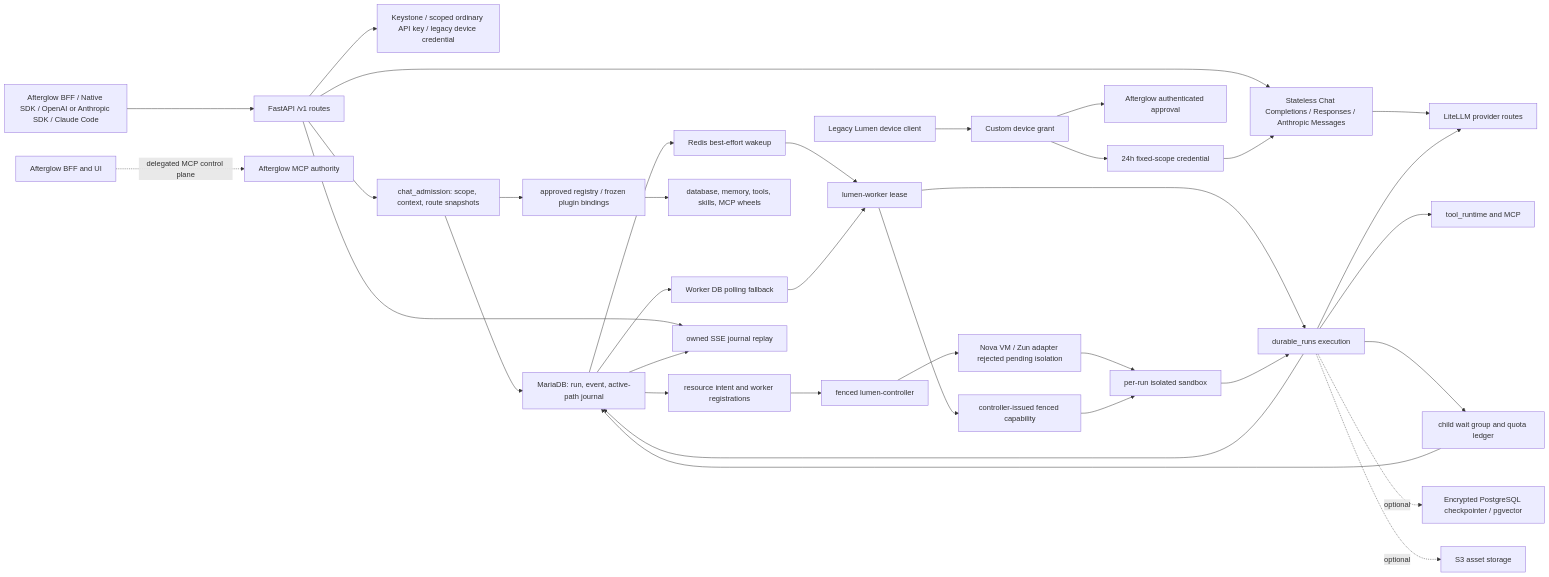
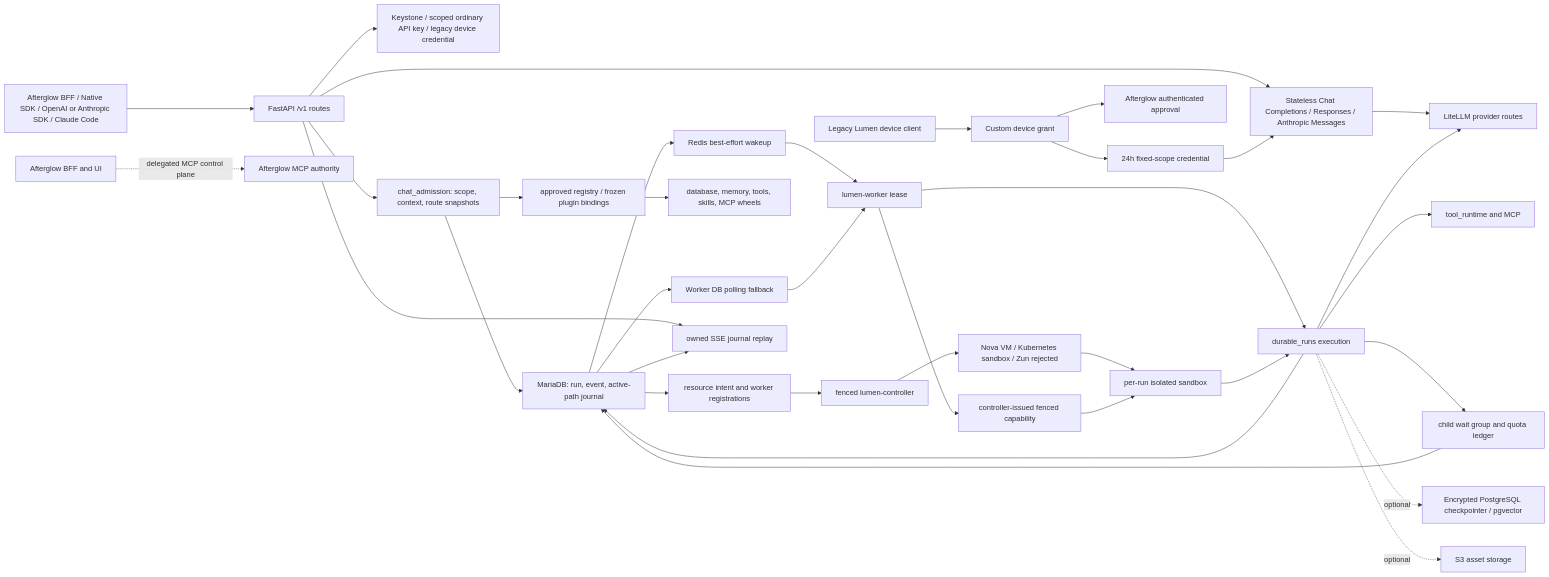
The diagram in ARCHITECTURE.md (openstack-afterglow/lumen), drawn with Mermaid before and after one commit. The commit also changed other lines of this file and 92 other files, not shown here.

Commit message:
feat(sandbox): implement on-demand Kubernetes sandboxes with gVisor and tool manifest pinning (v0.6.9)

````diff
--- a/ARCHITECTURE.md
+++ b/ARCHITECTURE.md
@@ -85,37 +95,37 @@
 ```mermaid
 flowchart LR
     Client[Afterglow BFF / Native SDK / OpenAI or Anthropic SDK / Claude Code] --> API[FastAPI /v1 routes]
     API --> Auth[Keystone / scoped ordinary API key / legacy device credential]
     API --> Admission[chat_admission: scope, context, route snapshots]
     API --> Compat[Stateless Chat Completions / Responses / Anthropic Messages]
     Admission --> Journal[MariaDB: run, event, active-path journal]
     Compat --> Providers
     Journal --> Wake[Redis best-effort wakeup]
     Journal --> Poll[Worker DB polling fallback]
     Wake --> Worker[lumen-worker lease]
     Poll --> Worker
     Worker --> Execute[durable_runs execution]
     Execute --> Providers[LiteLLM provider routes]
     Execute --> Tools[tool_runtime and MCP]
     Execute --> Journal
     Admission --> PluginHost[approved registry / frozen plugin bindings]
     PluginHost --> Wheels[database, memory, tools, skills, MCP wheels]
     Execute --> Child[child wait group and quota ledger]
     Child --> Journal
     Journal --> Intent[resource intent and worker registrations]
     Intent --> Controller[fenced lumen-controller]
-    Controller --> Cloud[Nova VM / Zun adapter rejected pending isolation]
+    Controller --> Cloud[Nova VM / Kubernetes sandbox / Zun rejected]
     Cloud --> Sandbox[per-run isolated sandbox]
     Worker --> Dispatch[controller-issued fenced capability]
     Dispatch --> Sandbox
     Sandbox --> Execute
     API --> SSE[owned SSE journal replay]
     Journal --> SSE
     Execute -. optional .-> PG[Encrypted PostgreSQL checkpointer / pgvector]
     Execute -. optional .-> S3[S3 asset storage]
     Afterglow[Afterglow BFF and UI] -. delegated MCP control plane .-> MCP[Afterglow MCP authority]
     CustomDeviceClient[Legacy Lumen device client] --> Device[Custom device grant]
     Device --> AfterglowAuth[Afterglow authenticated approval]
     Device --> GatewayKey[24h fixed-scope credential]
     GatewayKey --> Compat
 ```
````
